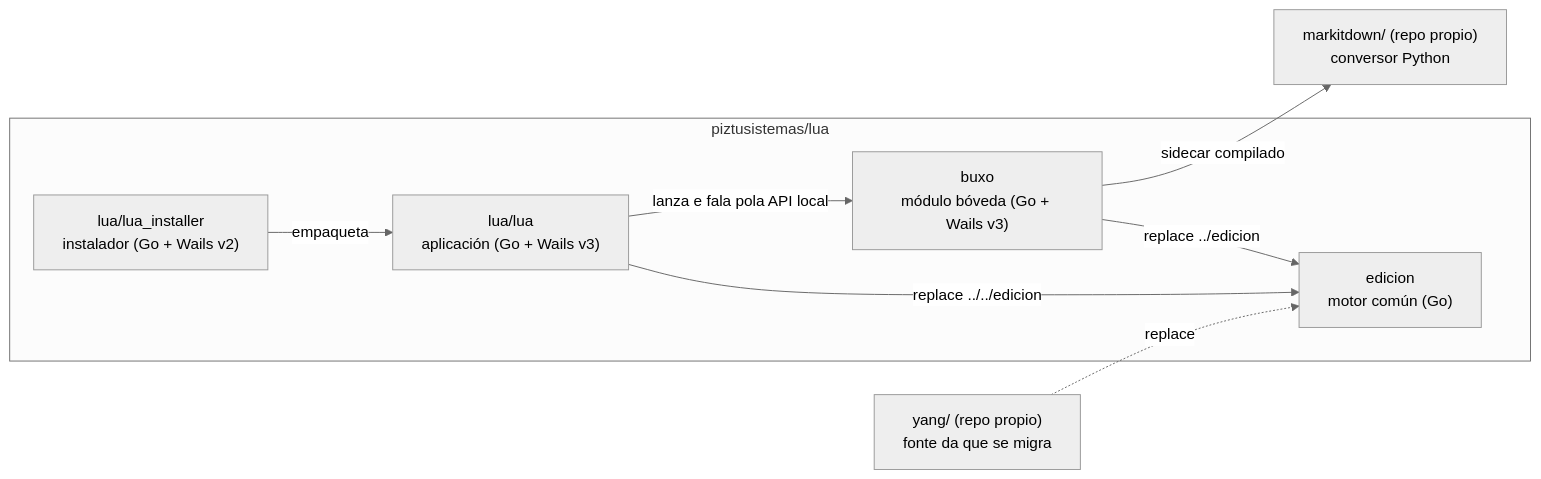
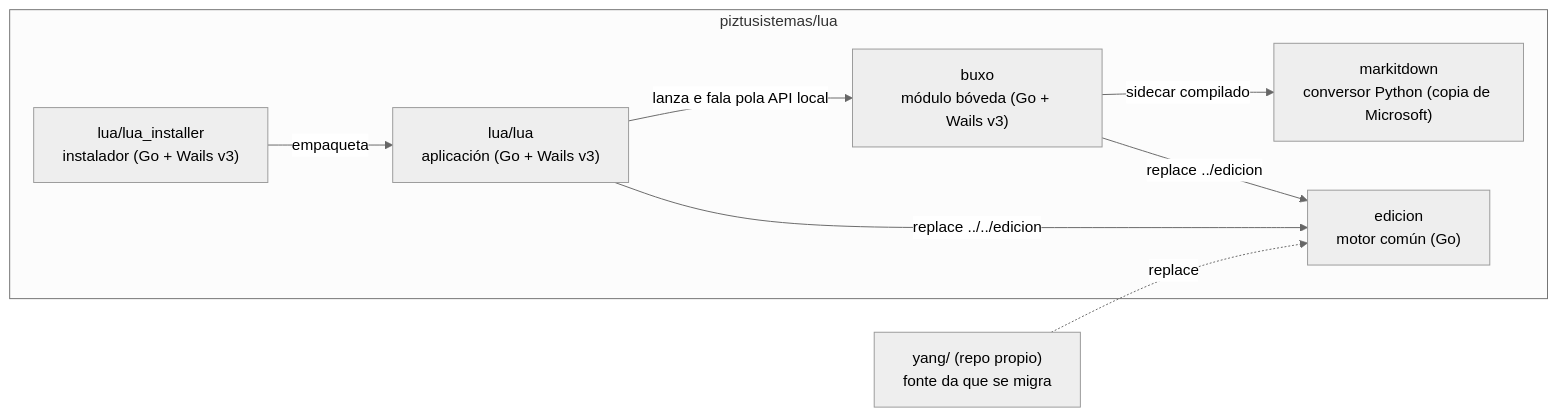
Before and after one commit to piztusistemas/lua: the diagram in 02-DOCS/wiki/arquitectura.md, drawn with Mermaid (neutral theme). The commit also changed other lines of this file and 214 other files, not shown here.

First line of the commit message:
📦 Integrar markitdown no repositorio e documentar Wails v3 no instalador

````diff
--- a/02-DOCS/wiki/arquitectura.md
+++ b/02-DOCS/wiki/arquitectura.md
@@ -14,18 +14,18 @@
 ```mermaid
 flowchart LR
   subgraph repo["piztusistemas/lua"]
     LUA["lua/lua<br/>aplicación (Go + Wails v3)"]
-    INST["lua/lua_installer<br/>instalador (Go + Wails v2)"]
+    INST["lua/lua_installer<br/>instalador (Go + Wails v3)"]
     ED["edicion<br/>motor común (Go)"]
     BX["buxo<br/>módulo bóveda (Go + Wails v3)"]
+    MKD["markitdown<br/>conversor Python (copia de Microsoft)"]
   end
   YANG["yang/ (repo propio)<br/>fonte da que se migra"]
-  MKD["markitdown/ (repo propio)<br/>conversor Python"]
 
   LUA -- "replace ../../edicion" --> ED
   BX -- "replace ../edicion" --> ED
   YANG -. "replace" .-> ED
   LUA -- "lanza e fala pola API local" --> BX
   BX -- "sidecar compilado" --> MKD
   INST -- "empaqueta" --> LUA
 ```
````
